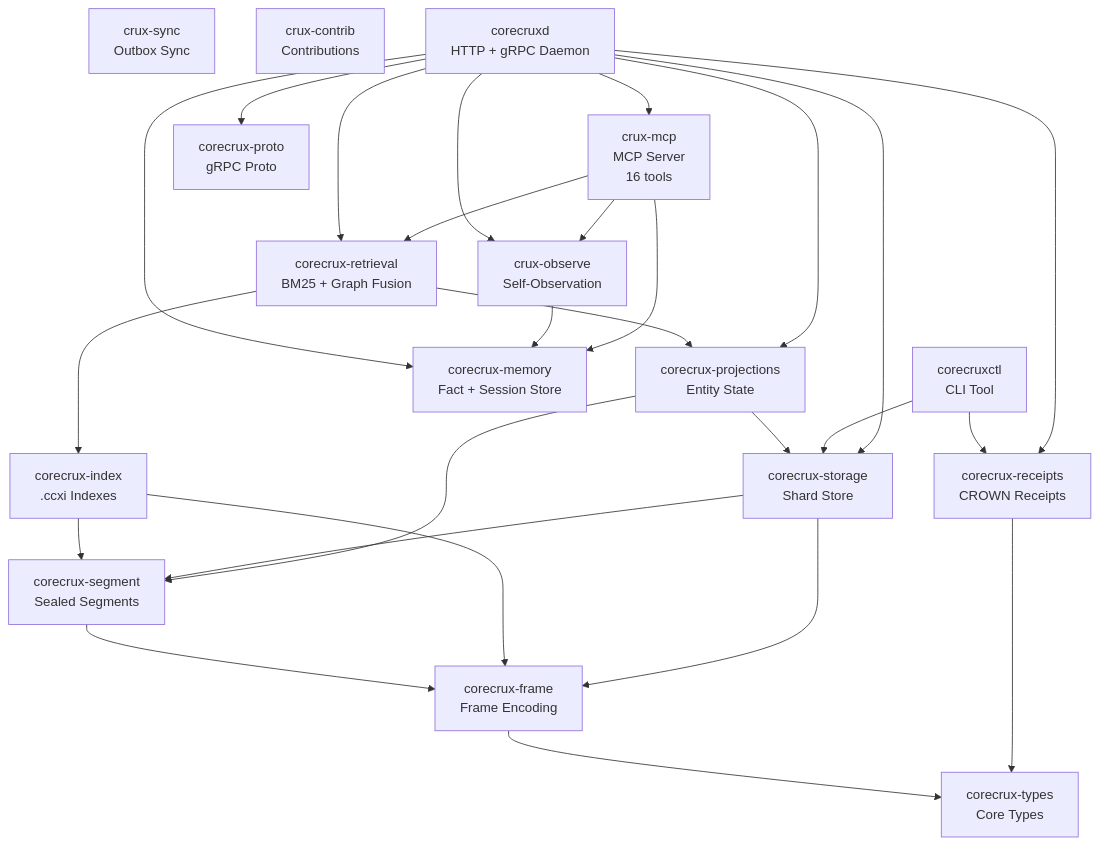
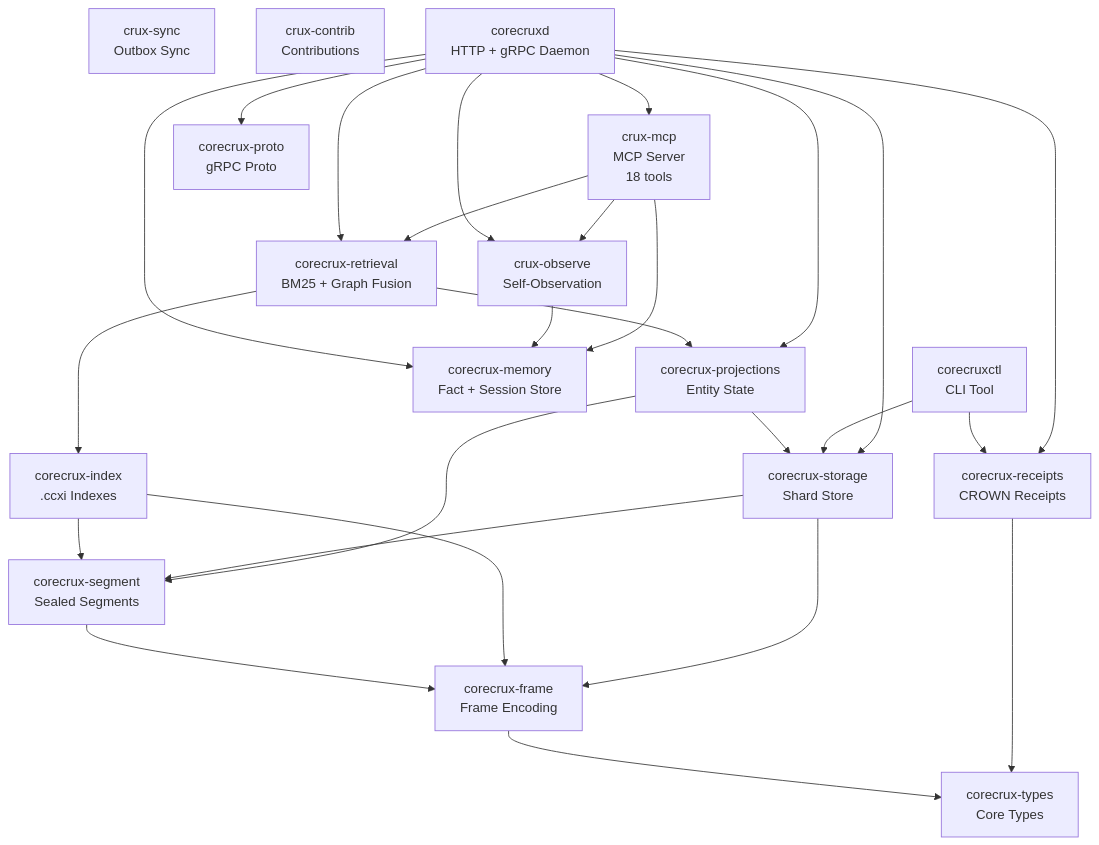
One commit to CueCrux/Crux changed the diagram in README.md. Above: the diagram before and after it, drawn with Mermaid. The commit also changed other lines of this file and 138 other files, not shown here.

````diff
--- a/README.md
+++ b/README.md
@@ -209,45 +210,45 @@
 ```mermaid
 graph TD
-    cruxmcp[crux-mcp<br/>MCP Server<br/>16 tools]
+    cruxmcp[crux-mcp<br/>MCP Server<br/>18 tools]
     observe[crux-observe<br/>Self-Observation]
     sync[crux-sync<br/>Outbox Sync]
     contrib[crux-contrib<br/>Contributions]
     corecruxd[corecruxd<br/>HTTP + gRPC Daemon]
     corecruxctl[corecruxctl<br/>CLI Tool]
     retrieval[corecrux-retrieval<br/>BM25 + Graph Fusion]
     memory[corecrux-memory<br/>Fact + Session Store]
     projections[corecrux-projections<br/>Entity State]
     receipts[corecrux-receipts<br/>CROWN Receipts]
     storage[corecrux-storage<br/>Shard Store]
     index[corecrux-index<br/>.ccxi Indexes]
     segment[corecrux-segment<br/>Sealed Segments]
     frame[corecrux-frame<br/>Frame Encoding]
     types[corecrux-types<br/>Core Types]
     proto[corecrux-proto<br/>gRPC Proto]
 
     cruxmcp --> memory
     cruxmcp --> retrieval
     cruxmcp --> observe
     observe --> memory
     corecruxd --> cruxmcp
     corecruxd --> observe
     corecruxd --> memory
     corecruxd --> retrieval
     corecruxd --> projections
     corecruxd --> receipts
     corecruxd --> storage
     corecruxd --> proto
     corecruxctl --> storage
     corecruxctl --> receipts
     retrieval --> index
     retrieval --> projections
     projections --> storage
     projections --> segment
     storage --> segment
     storage --> frame
     index --> segment
     index --> frame
     segment --> frame
     receipts --> types
     frame --> types
 ```
````
